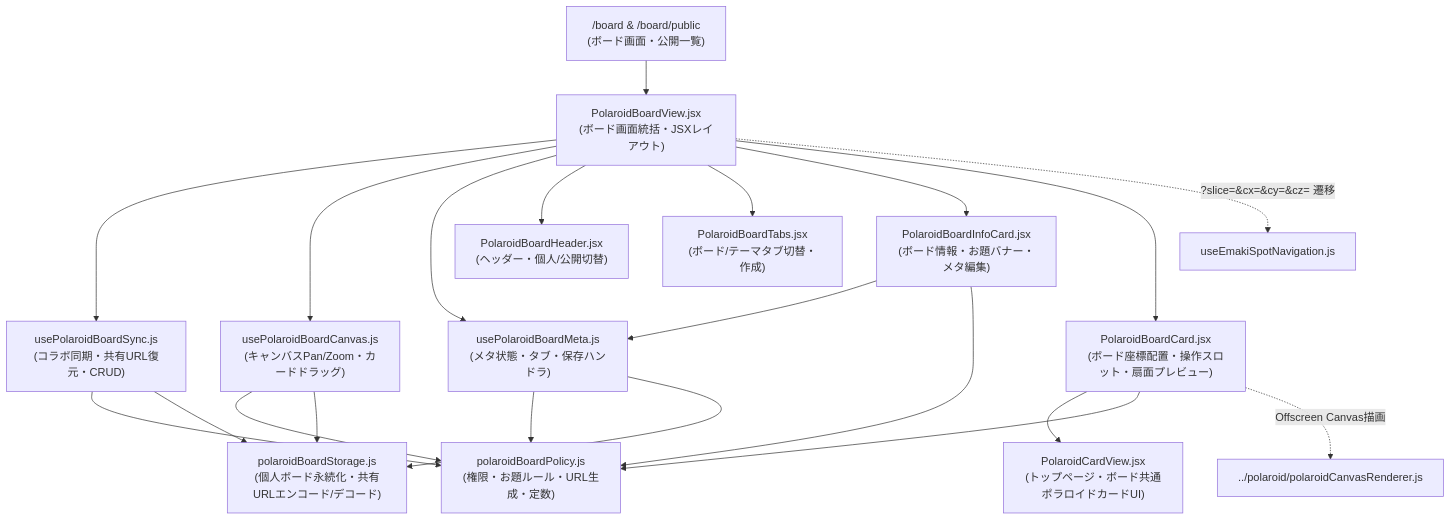
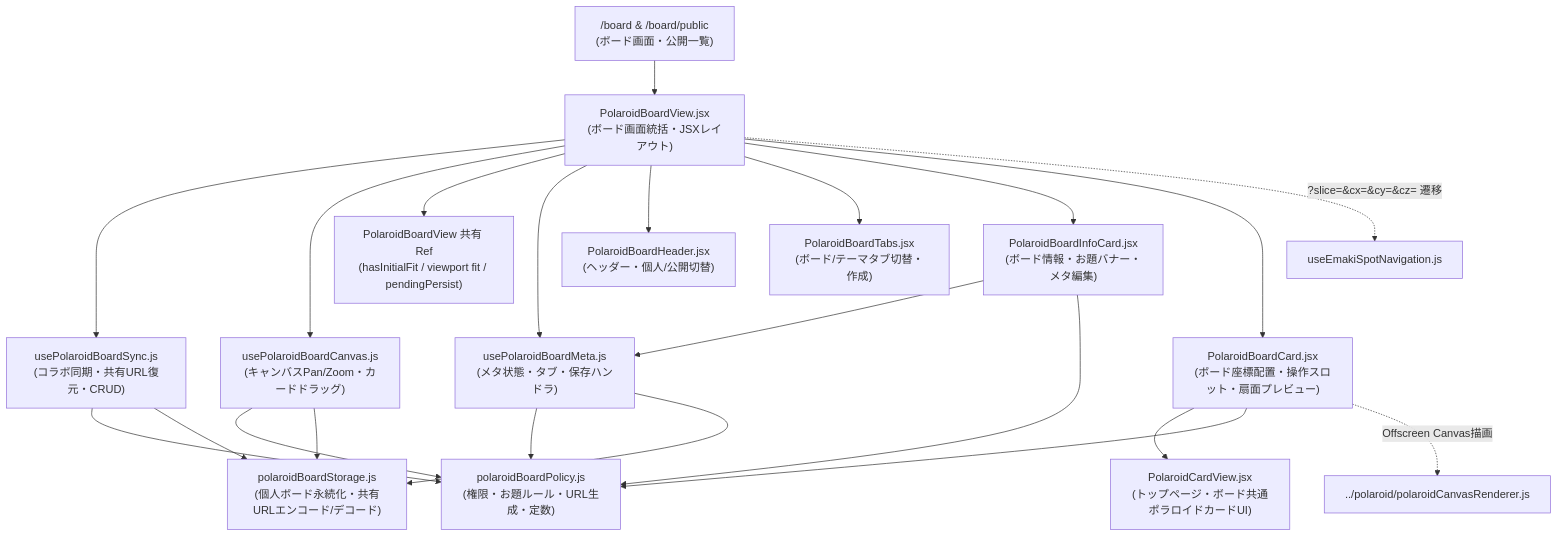
The first of 2 diagrams in src/components/emaki/viewer/board/SPEC.md (satoshi-create/emakimono-next), drawn with Mermaid before and after one commit. The commit also changed 11 other files, not shown here.

Commit message:
fix(polaroid-board): resolve drag persistence, tab/mode switching sync, and refine CTA layout

````diff
--- a/src/components/emaki/viewer/board/SPEC.md
+++ b/src/components/emaki/viewer/board/SPEC.md
@@ -7,25 +7,26 @@
 ```mermaid
 graph TD
     Page["/board & /board/public<br/>(ボード画面・公開一覧)"] --> View["PolaroidBoardView.jsx<br/>(ボード画面統括・JSXレイアウト)"]
     View --> SyncHook["usePolaroidBoardSync.js<br/>(コラボ同期・共有URL復元・CRUD)"]
     View --> CanvasHook["usePolaroidBoardCanvas.js<br/>(キャンバスPan/Zoom・カードドラッグ)"]
+    View --> SharedRefs["PolaroidBoardView 共有 Ref<br/>(hasInitialFit / viewport fit / pendingPersist)"]
     View --> MetaHook["usePolaroidBoardMeta.js<br/>(メタ状態・タブ・保存ハンドラ)"]
     View --> Header["PolaroidBoardHeader.jsx<br/>(ヘッダー・個人/公開切替)"]
     View --> Tabs["PolaroidBoardTabs.jsx<br/>(ボード/テーマタブ切替・作成)"]
     View --> InfoCard["PolaroidBoardInfoCard.jsx<br/>(ボード情報・お題バナー・メタ編集)"]
     View --> Card["PolaroidBoardCard.jsx<br/>(ボード座標配置・操作スロット・扇面プレビュー)"]
     Card --> CardView["PolaroidCardView.jsx<br/>(トップページ・ボード共通ポラロイドカードUI)"]
 
     InfoCard --> MetaHook
     SyncHook --> Policy["polaroidBoardPolicy.js<br/>(権限・お題ルール・URL生成・定数)"]
     CanvasHook --> Policy
     InfoCard --> Policy
     Card --> Policy
     MetaHook --> Policy
 
     SyncHook --> Storage["polaroidBoardStorage.js<br/>(個人ボード永続化・共有URLエンコード/デコード)"]
     CanvasHook --> Storage
     MetaHook --> Storage
     Card -.->|Offscreen Canvas描画| Renderer["../polaroid/polaroidCanvasRenderer.js"]
     View -.->|?slice=&cx=&cy=&cz= 遷移| SpotNav["useEmakiSpotNavigation.js"]
 ```
````
